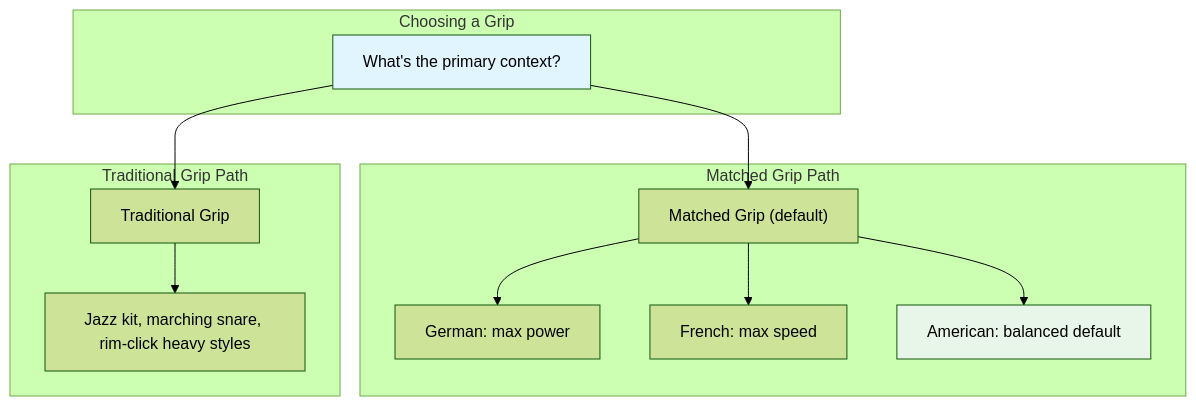
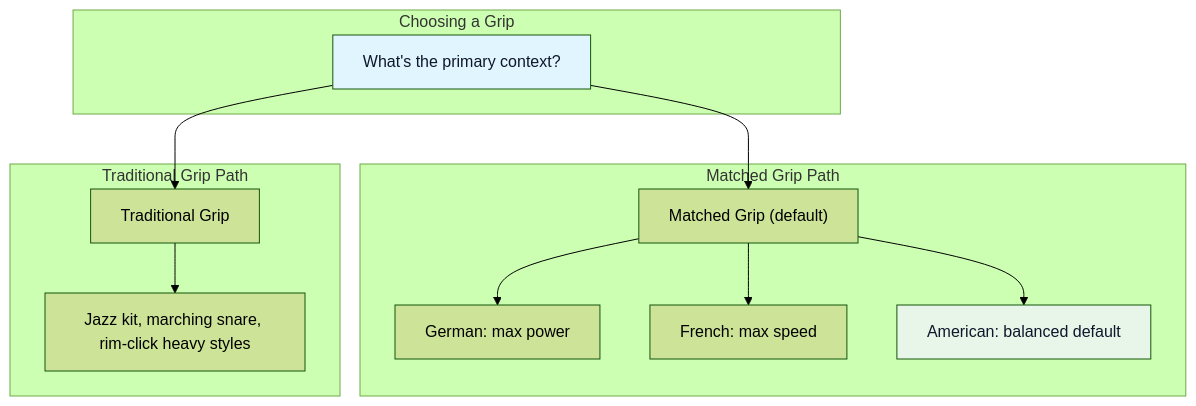
The first of 2 diagrams in topics/arts/music_performance/percussion/lesson_02_stick_techniques.md (blebleblee/synapse), drawn with Mermaid (forest theme) before and after one commit. The commit also changed other lines of this file and 1464 other files, not shown here.

Commit message:
feat(release): curriculum vector mermaid upgrade, render hardening, and master synpack

````diff
--- a/topics/arts/music_performance/percussion/lesson_02_stick_techniques.md
+++ b/topics/arts/music_performance/percussion/lesson_02_stick_techniques.md
@@ -53,26 +53,26 @@
 ```mermaid
 flowchart TD
     subgraph sub_grip_decision ["Choosing a Grip"]
         A["What's the primary context?"]
     end
     subgraph sub_matched_path ["Matched Grip Path"]
         B["Matched Grip (default)"]
         D["German: max power"]
         E["French: max speed"]
         F["American: balanced default"]
     end
     subgraph sub_traditional_path ["Traditional Grip Path"]
         C["Traditional Grip"]
         G["Jazz kit, marching snare, rim-click heavy styles"]
     end
 
     A --> B
     A --> C
     B --> D
     B --> E
     B --> F
     C --> G
 
-    style A fill:#e1f5ff
-    style F fill:#e8f5e9
+    style A fill:#e1f5ff,color:#0f172a
+    style F fill:#e8f5e9,color:#0f172a
 ```
````
